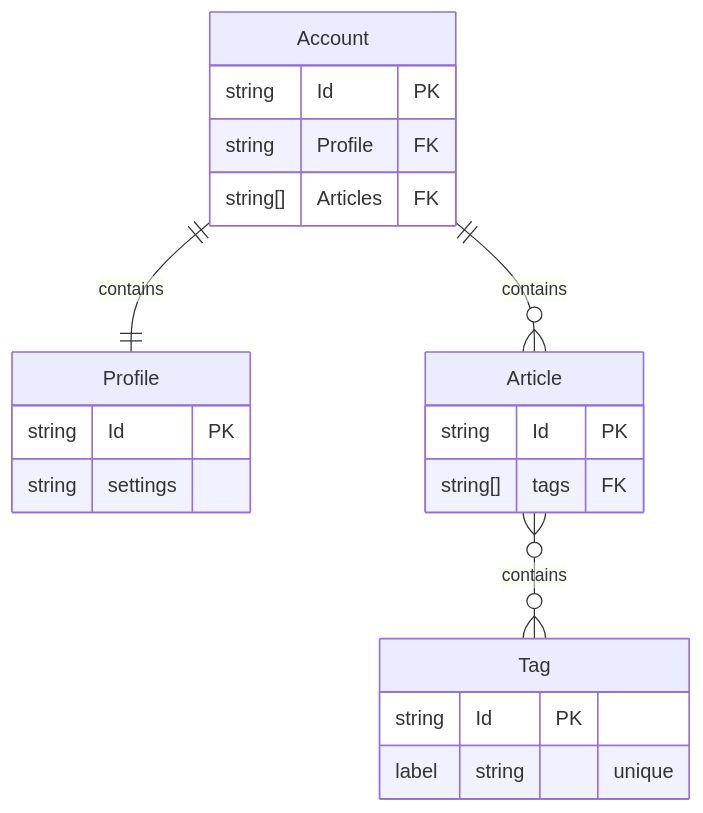
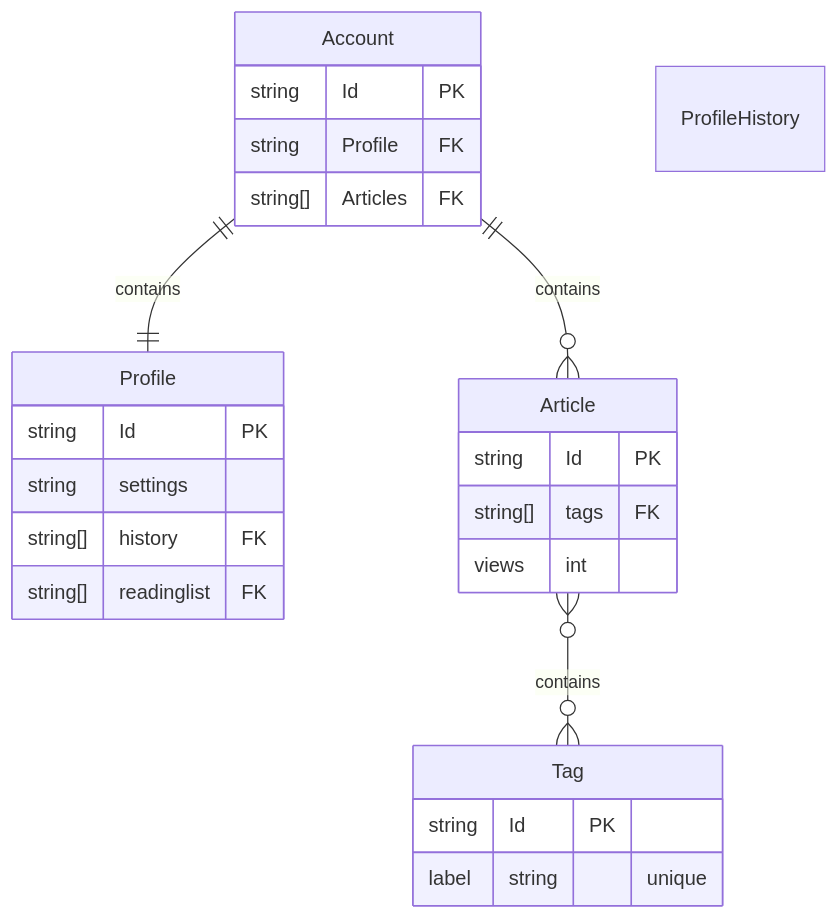
One commit to 4ry1337/my-obsidian changed the fourth of 5 diagrams in Capstone/Diagrams.md. Above: the diagram before and after it, drawn with Mermaid. The commit also changed 1 other file, not shown here.

Commit message:
vault backup: 2024-01-14 14:07:11

````diff
--- a/Capstone/Diagrams.md
+++ b/Capstone/Diagrams.md
@@ -89,24 +89,28 @@
 ```mermaid
 erDiagram
 	Account {
 		string Id PK
 		string Profile FK
 		string[] Articles FK
-		
 	}
 	Profile {
 		string Id PK
 		string settings
+		string[] history FK
+		string[] readinglist FK
+	}
+	ProfileHistory {
 	}
 	Article {
 		string Id PK
 		string[] tags FK
+		views int
 	}
 	Tag {
 		string Id PK
 		label string "unique"
 	}
 	Account ||--|| Profile : contains
 	Account ||--o{ Article : contains
 	Article }o--o{ Tag : contains
 ```
````
